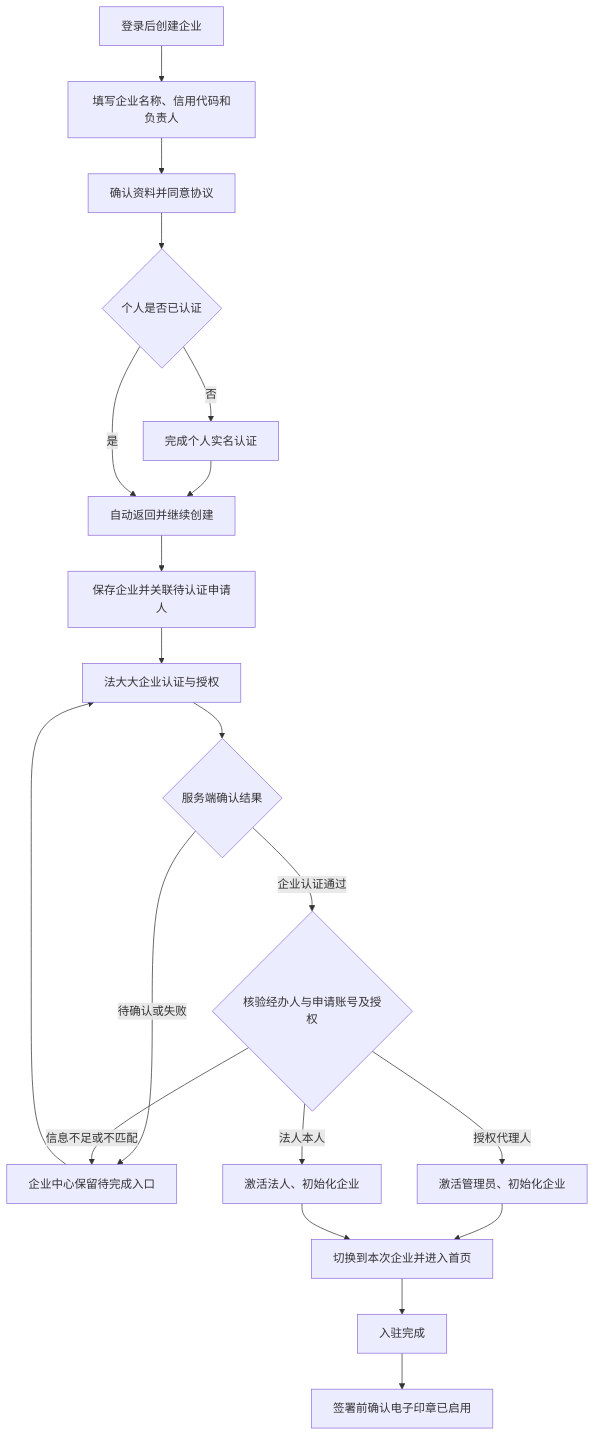
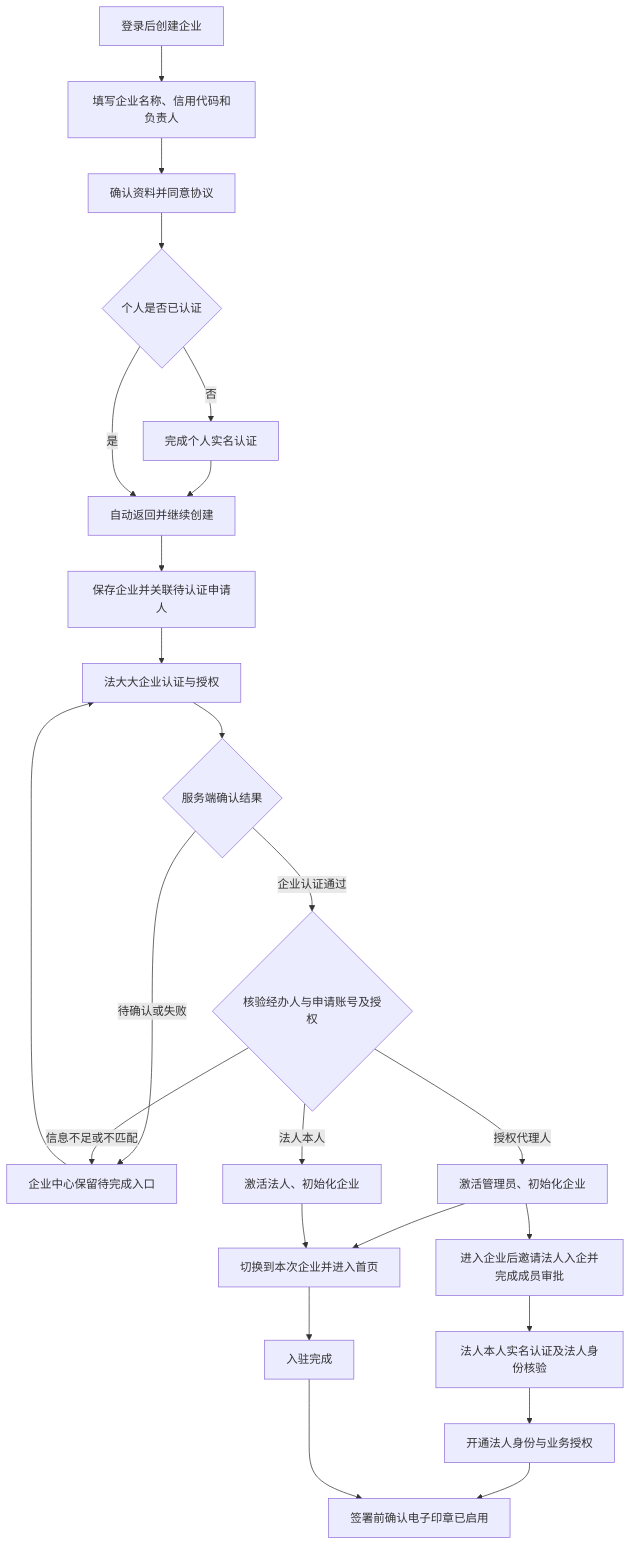
The diagram in docs/company-onboarding-flow.md (wuyinglong0813/TradePass), drawn with Mermaid before and after one commit. The commit also changed other lines of this file and 65 other files, not shown here.

````diff
--- a/docs/company-onboarding-flow.md
+++ b/docs/company-onboarding-flow.md
@@ -18,22 +20,26 @@
 ```mermaid
 flowchart TD
   A[登录后创建企业] --> B[填写企业名称、信用代码和负责人]
   B --> C[确认资料并同意协议]
   C --> D{个人是否已认证}
   D -- 否 --> E[完成个人实名认证]
   E --> F[自动返回并继续创建]
   D -- 是 --> F
   F --> G[保存企业并关联待认证申请人]
   G --> H[法大大企业认证与授权]
   H --> I{服务端确认结果}
   I -- 待确认或失败 --> J[企业中心保留待完成入口]
   J --> H
   I -- 企业认证通过 --> O{核验经办人与申请账号及授权}
   O -- 法人本人 --> K[激活法人、初始化企业]
   O -- 授权代理人 --> P[激活管理员、初始化企业]
   O -- 信息不足或不匹配 --> J
   P --> L
+  P --> Q[进入企业后邀请法人入企并完成成员审批]
+  Q --> R[法人本人实名认证及法人身份核验]
+  R --> S[开通法人身份与业务授权]
+  S --> N
   K --> L[切换到本次企业并进入首页]
   L --> M[入驻完成]
   M --> N[签署前确认电子印章已启用]
 ```
````
